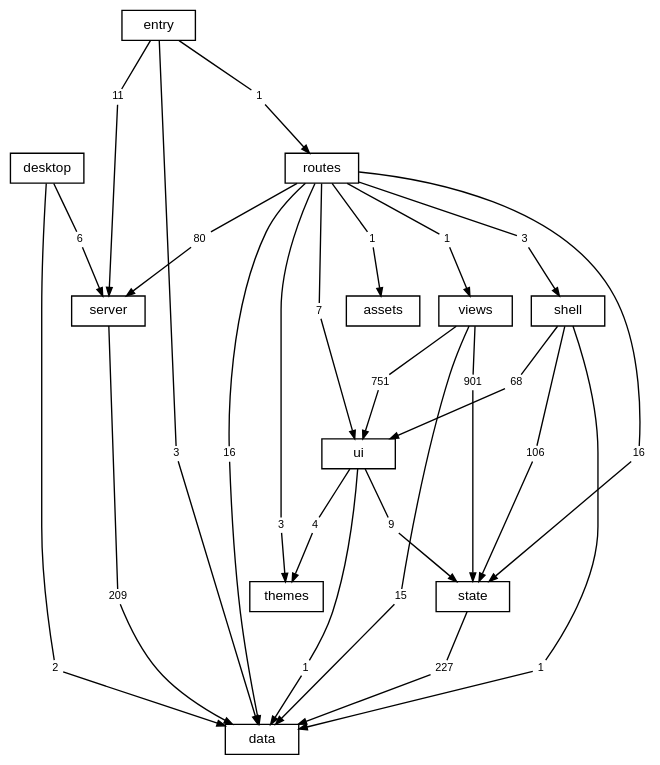
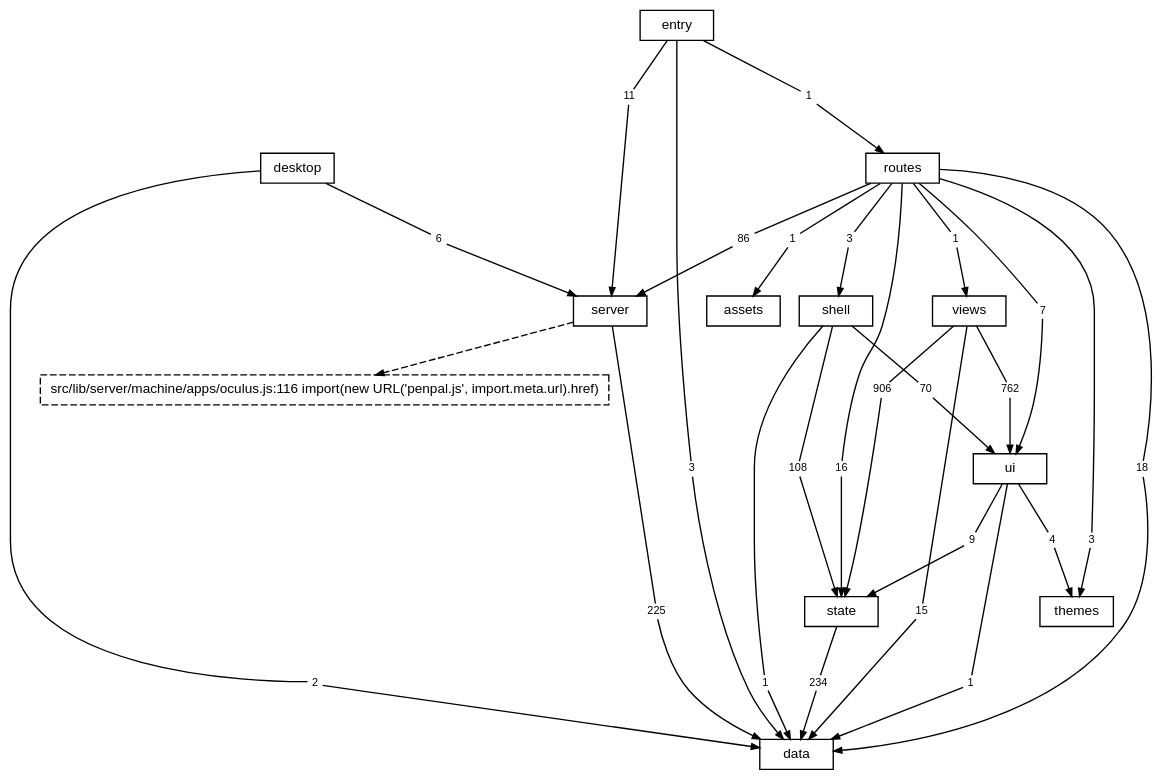
One commit to TheAxeC/oculus changed the diagram in docs/diagrams/layers.dot. Above: the diagram before and after it, drawn with Graphviz. The commit also changed 151 other files, not shown here.

First line of the commit message:
Land E4: apps added while oculus runs

```diff
--- a/docs/diagrams/layers.dot
+++ b/docs/diagrams/layers.dot
@@ -1,88 +1,90 @@
 digraph layers {
     graph [bgcolor="transparent", rankdir=TB, newrank=true, fontname="Helvetica,Arial,sans-serif", fontsize=12, nodesep=0.2, ranksep=0.5];
     node [shape=box, color="black", fontcolor="black", fontname="Helvetica,Arial,sans-serif", fontsize=10, height=0.3, margin="0.12,0.04"];
     edge [color="black", fontcolor="black", fontname="Helvetica,Arial,sans-serif", fontsize=8, arrowsize=0.6];
     "data";
     "server";
     "state";
     "ui";
     "shell";
     "views";
     "themes";
     "routes";
     "desktop";
     "src" [label="entry"];
     "files: assets" [label="assets"];
+    "? src/lib/server/machine/apps/oculus.js:116" [label="src/lib/server/machine/apps/oculus.js:116 import(new URL('penpal.js', import.meta.url).href)", style=dashed];
     "desktop to data" [label="2", shape=box, color="transparent", fontsize=8, width=0, height=0, margin="0.04,0.02"];
     "desktop" -> "desktop to data" [arrowhead=none];
     "desktop to data" -> "data" [];
     "desktop to server" [label="6", shape=box, color="transparent", fontsize=8, width=0, height=0, margin="0.04,0.02"];
     "desktop" -> "desktop to server" [arrowhead=none];
     "desktop to server" -> "server" [];
-    "routes to data" [label="16", shape=box, color="transparent", fontsize=8, width=0, height=0, margin="0.04,0.02"];
+    "routes to data" [label="18", shape=box, color="transparent", fontsize=8, width=0, height=0, margin="0.04,0.02"];
     "routes" -> "routes to data" [arrowhead=none];
     "routes to data" -> "data" [];
     "routes to files: assets" [label="1", shape=box, color="transparent", fontsize=8, width=0, height=0, margin="0.04,0.02"];
     "routes" -> "routes to files: assets" [arrowhead=none];
     "routes to files: assets" -> "files: assets" [];
-    "routes to server" [label="80", shape=box, color="transparent", fontsize=8, width=0, height=0, margin="0.04,0.02"];
+    "routes to server" [label="86", shape=box, color="transparent", fontsize=8, width=0, height=0, margin="0.04,0.02"];
     "routes" -> "routes to server" [arrowhead=none];
     "routes to server" -> "server" [];
     "routes to shell" [label="3", shape=box, color="transparent", fontsize=8, width=0, height=0, margin="0.04,0.02"];
     "routes" -> "routes to shell" [arrowhead=none];
     "routes to shell" -> "shell" [];
     "routes to state" [label="16", shape=box, color="transparent", fontsize=8, width=0, height=0, margin="0.04,0.02"];
     "routes" -> "routes to state" [arrowhead=none];
     "routes to state" -> "state" [];
     "routes to themes" [label="3", shape=box, color="transparent", fontsize=8, width=0, height=0, margin="0.04,0.02"];
     "routes" -> "routes to themes" [arrowhead=none];
     "routes to themes" -> "themes" [];
     "routes to ui" [label="7", shape=box, color="transparent", fontsize=8, width=0, height=0, margin="0.04,0.02"];
     "routes" -> "routes to ui" [arrowhead=none];
     "routes to ui" -> "ui" [];
     "routes to views" [label="1", shape=box, color="transparent", fontsize=8, width=0, height=0, margin="0.04,0.02"];
     "routes" -> "routes to views" [arrowhead=none];
     "routes to views" -> "views" [];
-    "server to data" [label="209", shape=box, color="transparent", fontsize=8, width=0, height=0, margin="0.04,0.02"];
+    "server to data" [label="225", shape=box, color="transparent", fontsize=8, width=0, height=0, margin="0.04,0.02"];
     "server" -> "server to data" [arrowhead=none];
     "server to data" -> "data" [];
     "shell to data" [label="1", shape=box, color="transparent", fontsize=8, width=0, height=0, margin="0.04,0.02"];
     "shell" -> "shell to data" [arrowhead=none];
     "shell to data" -> "data" [];
-    "shell to state" [label="106", shape=box, color="transparent", fontsize=8, width=0, height=0, margin="0.04,0.02"];
+    "shell to state" [label="108", shape=box, color="transparent", fontsize=8, width=0, height=0, margin="0.04,0.02"];
     "shell" -> "shell to state" [arrowhead=none];
     "shell to state" -> "state" [];
-    "shell to ui" [label="68", shape=box, color="transparent", fontsize=8, width=0, height=0, margin="0.04,0.02"];
+    "shell to ui" [label="70", shape=box, color="transparent", fontsize=8, width=0, height=0, margin="0.04,0.02"];
     "shell" -> "shell to ui" [arrowhead=none];
     "shell to ui" -> "ui" [];
     "src to data" [label="3", shape=box, color="transparent", fontsize=8, width=0, height=0, margin="0.04,0.02"];
     "src" -> "src to data" [arrowhead=none];
     "src to data" -> "data" [];
     "src to routes" [label="1", shape=box, color="transparent", fontsize=8, width=0, height=0, margin="0.04,0.02"];
     "src" -> "src to routes" [arrowhead=none];
     "src to routes" -> "routes" [];
     "src to server" [label="11", shape=box, color="transparent", fontsize=8, width=0, height=0, margin="0.04,0.02"];
     "src" -> "src to server" [arrowhead=none];
     "src to server" -> "server" [];
-    "state to data" [label="227", shape=box, color="transparent", fontsize=8, width=0, height=0, margin="0.04,0.02"];
+    "state to data" [label="234", shape=box, color="transparent", fontsize=8, width=0, height=0, margin="0.04,0.02"];
     "state" -> "state to data" [arrowhead=none];
     "state to data" -> "data" [];
     "ui to data" [label="1", shape=box, color="transparent", fontsize=8, width=0, height=0, margin="0.04,0.02"];
     "ui" -> "ui to data" [arrowhead=none];
     "ui to data" -> "data" [];
     "ui to state" [label="9", shape=box, color="transparent", fontsize=8, width=0, height=0, margin="0.04,0.02"];
     "ui" -> "ui to state" [arrowhead=none];
     "ui to state" -> "state" [];
     "ui to themes" [label="4", shape=box, color="transparent", fontsize=8, width=0, height=0, margin="0.04,0.02"];
     "ui" -> "ui to themes" [arrowhead=none];
     "ui to themes" -> "themes" [];
     "views to data" [label="15", shape=box, color="transparent", fontsize=8, width=0, height=0, margin="0.04,0.02"];
     "views" -> "views to data" [arrowhead=none];
     "views to data" -> "data" [];
-    "views to state" [label="901", shape=box, color="transparent", fontsize=8, width=0, height=0, margin="0.04,0.02"];
+    "views to state" [label="906", shape=box, color="transparent", fontsize=8, width=0, height=0, margin="0.04,0.02"];
     "views" -> "views to state" [arrowhead=none];
     "views to state" -> "state" [];
-    "views to ui" [label="751", shape=box, color="transparent", fontsize=8, width=0, height=0, margin="0.04,0.02"];
+    "views to ui" [label="762", shape=box, color="transparent", fontsize=8, width=0, height=0, margin="0.04,0.02"];
     "views" -> "views to ui" [arrowhead=none];
     "views to ui" -> "ui" [];
+    "server" -> "? src/lib/server/machine/apps/oculus.js:116" [style=dashed];
 }
```
